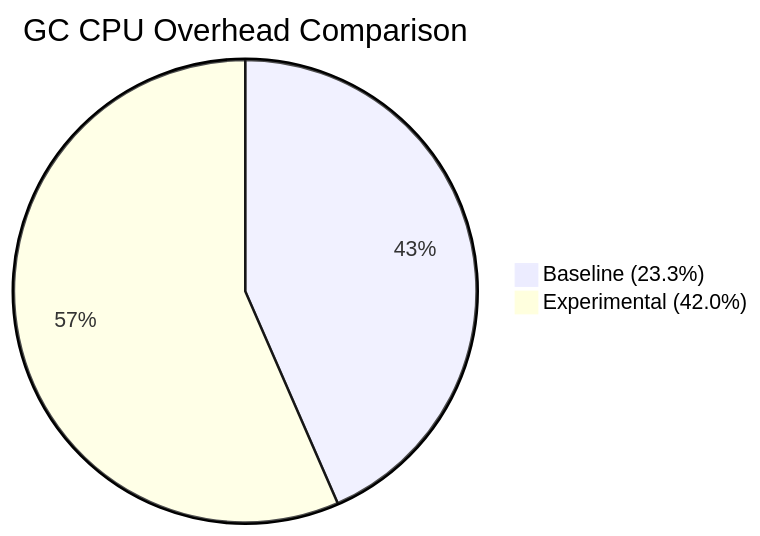
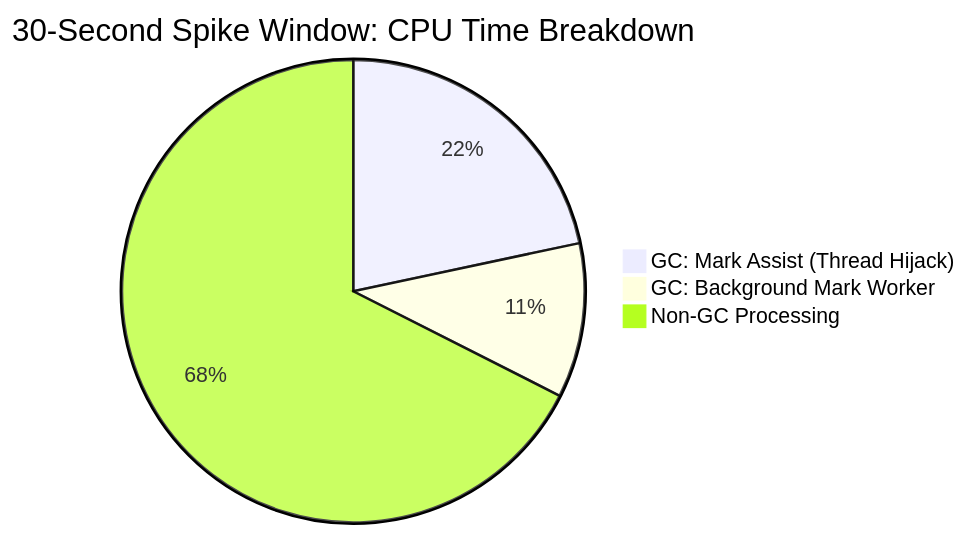
One commit to seans3/ci-test-agents changed the diagram in triage-journals/experimental_vs_baseline.md. Above: the diagram before and after it, drawn with Mermaid. The commit also changed other lines of this file, not shown here.

Commit message:
Update experimental report with deep-dive configurations, exact causal links, and temporally correlated CPU profiles

````diff
--- a/triage-journals/experimental_vs_baseline.md
+++ b/triage-journals/experimental_vs_baseline.md
@@ -64,5 +63,6 @@
 ```mermaid
-pie title GC CPU Overhead Comparison
-    "Baseline (23.3%)" : 17015.69
-    "Experimental (42.0%)" : 22141.46
+pie title 30-Second Spike Window: CPU Time Breakdown
+    "GC: Mark Assist (Thread Hijack)" : 69.82
+    "GC: Background Mark Worker" : 34.81
+    "Non-GC Processing" : 217.67
 ```
````
